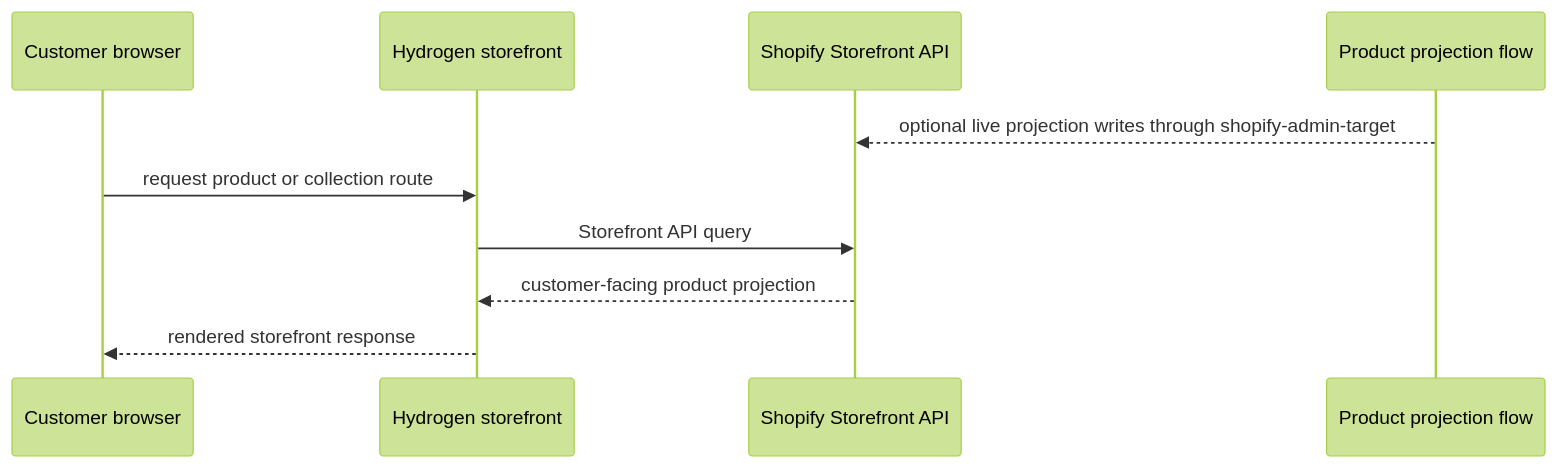
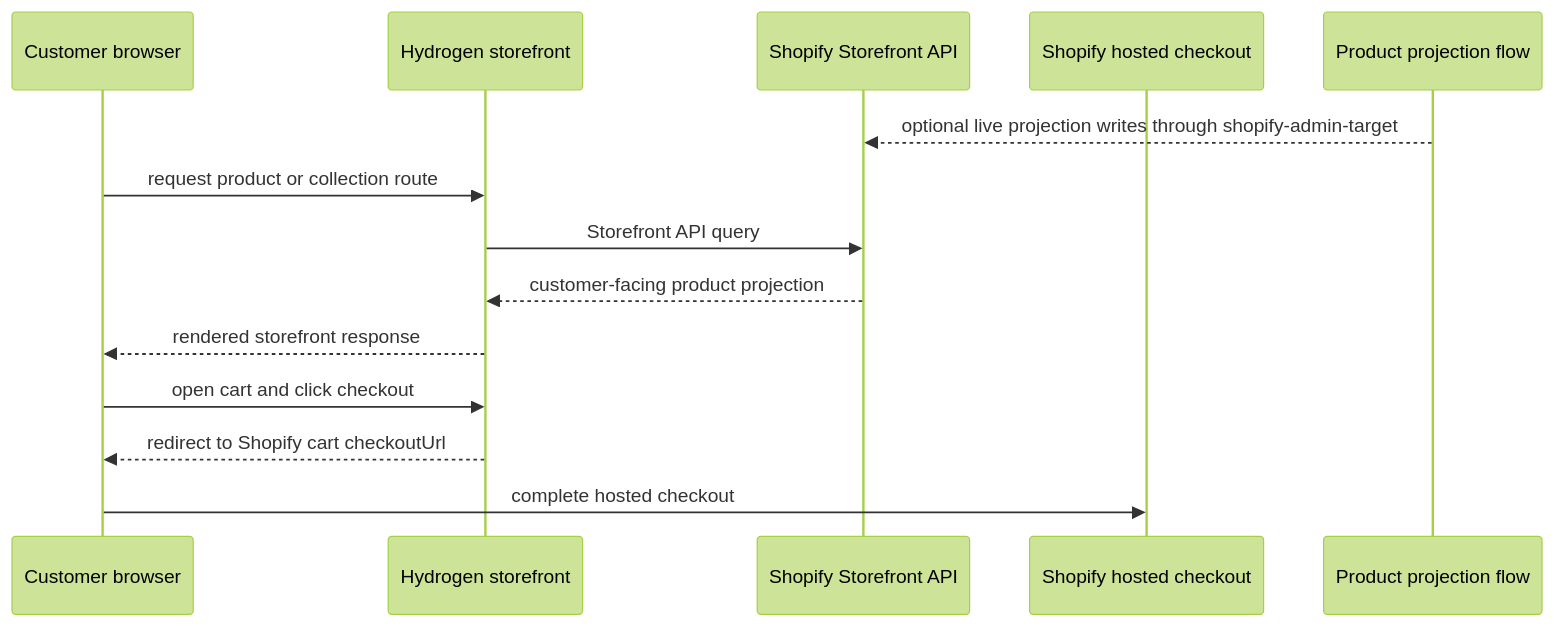
Before and after one commit to davidverholen/context-architecture-lab-ecommerce: the eighth of 9 diagrams in docs/overview/runtime-and-containers.md, drawn with Mermaid (forest theme). The commit also changed other lines of this file and 40 other files, not shown here.

Commit message:
Add Shopify checkout and account MVP

````diff
--- a/docs/overview/runtime-and-containers.md
+++ b/docs/overview/runtime-and-containers.md
@@ -205,13 +205,17 @@
 ```mermaid
 sequenceDiagram
   participant Browser as Customer browser
   participant Hydrogen as Hydrogen storefront
   participant Shopify as Shopify Storefront API
+  participant Checkout as Shopify hosted checkout
   participant Projection as Product projection flow
 
   Projection-->>Shopify: optional live projection writes through shopify-admin-target
   Browser->>Hydrogen: request product or collection route
   Hydrogen->>Shopify: Storefront API query
   Shopify-->>Hydrogen: customer-facing product projection
   Hydrogen-->>Browser: rendered storefront response
+  Browser->>Hydrogen: open cart and click checkout
+  Hydrogen-->>Browser: redirect to Shopify cart checkoutUrl
+  Browser->>Checkout: complete hosted checkout
 ```
````
